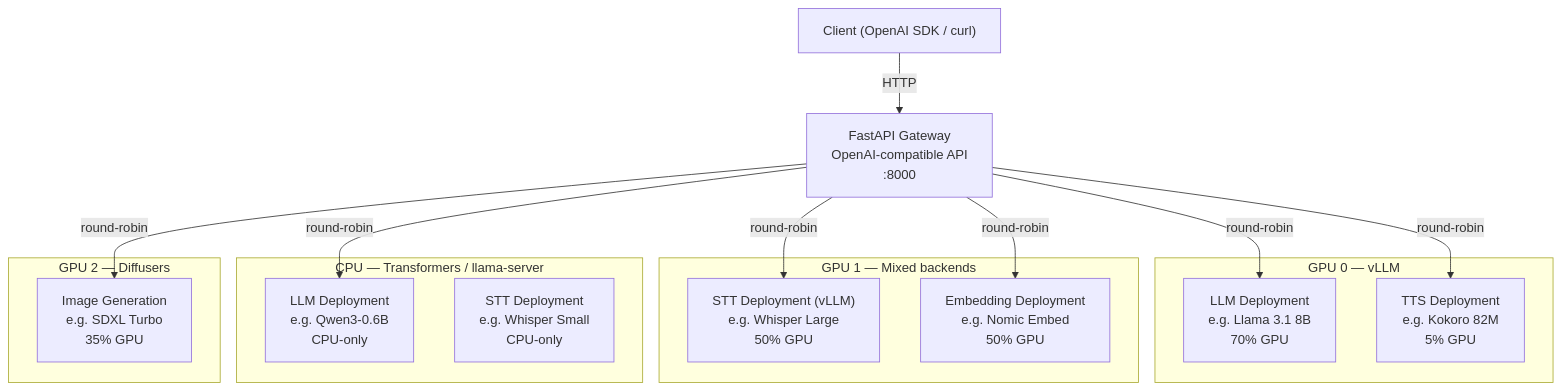
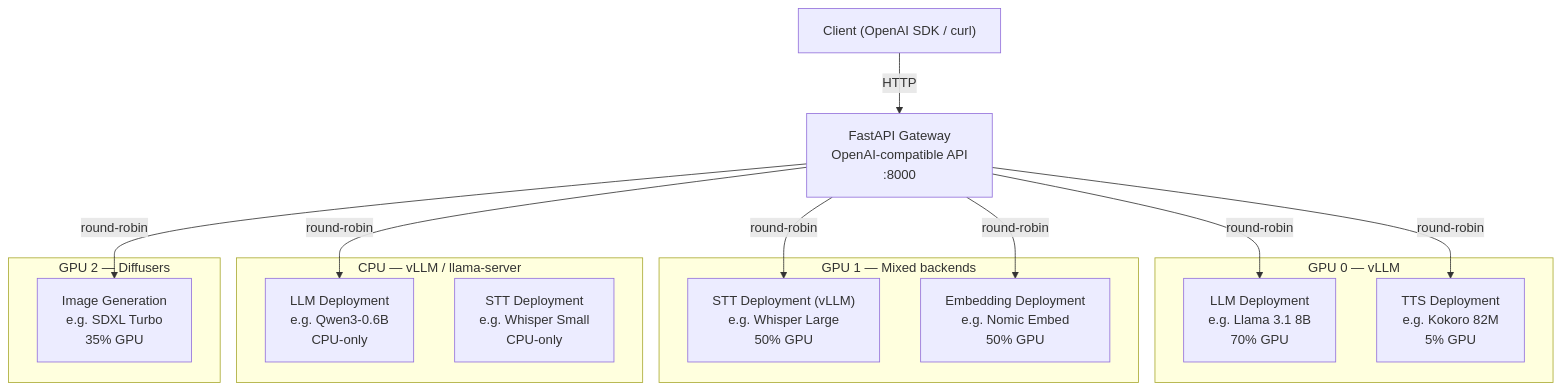
One commit to alez007/modelship changed the diagram in README.md. Above: the diagram before and after it, drawn with Mermaid. The commit also changed other lines of this file and 38 other files, not shown here.

````diff
--- a/README.md
+++ b/README.md
@@ -21,32 +21,32 @@
 ```mermaid
 graph TD
     Client["Client (OpenAI SDK / curl)"]
     API["FastAPI Gateway<br/>OpenAI-compatible API<br/>:8000"]
 
     Client -->|HTTP| API
     API -->|round-robin| LLM_GPU
     API -->|round-robin| LLM_CPU
     API -->|round-robin| TTS
     API -->|round-robin| STT
     API -->|round-robin| EMB
     API -->|round-robin| IMG
 
     subgraph GPU0["GPU 0 — vLLM"]
         LLM_GPU["LLM Deployment<br/>e.g. Llama 3.1 8B<br/>70% GPU"]
         TTS["TTS Deployment<br/>e.g. Kokoro 82M<br/>5% GPU"]
     end
 
     subgraph GPU1["GPU 1 — Mixed backends"]
         STT["STT Deployment (vLLM)<br/>e.g. Whisper Large<br/>50% GPU"]
         EMB["Embedding Deployment<br/>e.g. Nomic Embed<br/>50% GPU"]
     end
 
-    subgraph CPU["CPU — Transformers / llama-server"]
+    subgraph CPU["CPU — vLLM / llama-server"]
         LLM_CPU["LLM Deployment<br/>e.g. Qwen3-0.6B<br/>CPU-only"]
         STT_CPU["STT Deployment<br/>e.g. Whisper Small<br/>CPU-only"]
     end
 
     subgraph GPU2["GPU 2 — Diffusers"]
         IMG["Image Generation<br/>e.g. SDXL Turbo<br/>35% GPU"]
     end
 ```
````
